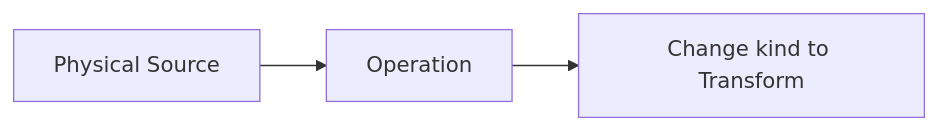
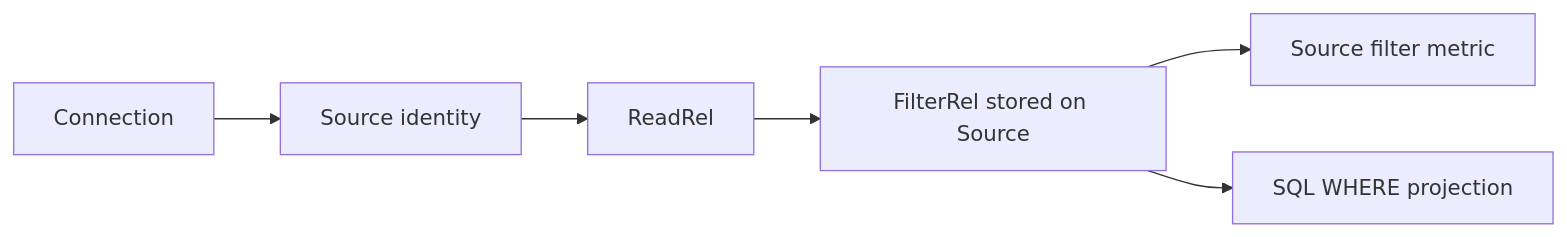
The first of 2 diagrams in docs/planning/proposals/mandatory/frontend-and-ux/canvas-source-semantic-operations-plan-20260903.md (dunay2/dvt), drawn with Mermaid before and after one commit. The commit also changed other lines of this file and 11 other files, not shown here.

````diff
--- a/docs/planning/proposals/mandatory/frontend-and-ux/canvas-source-semantic-operations-plan-20260903.md
+++ b/docs/planning/proposals/mandatory/frontend-and-ux/canvas-source-semantic-operations-plan-20260903.md
@@ -42,4 +43,8 @@
 ```mermaid
 flowchart LR
-  Source[Physical Source] --> Gesture[Operation] --> Promote[Change kind to Transform]
+  Connection --> Source[Source identity]
+  Source --> Read[ReadRel]
+  Read --> HiddenFilter[FilterRel stored on Source]
+  HiddenFilter --> Card[Source filter metric]
+  HiddenFilter --> Preview[SQL WHERE projection]
 ```
````
